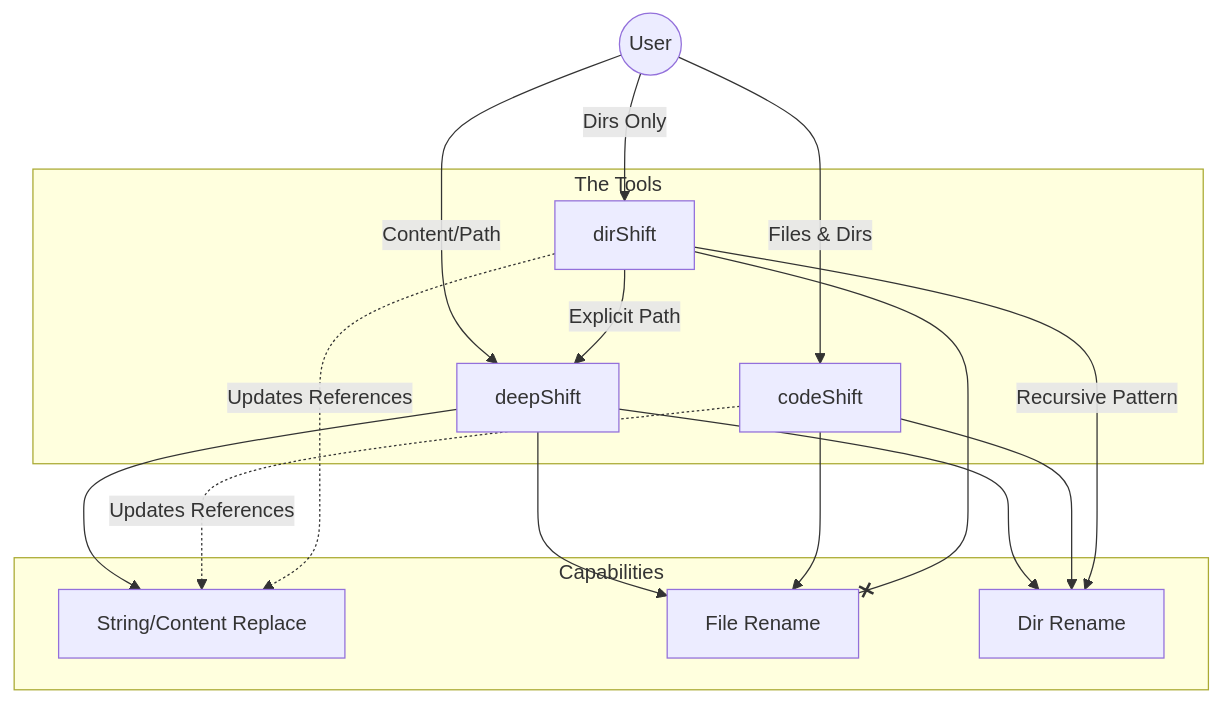
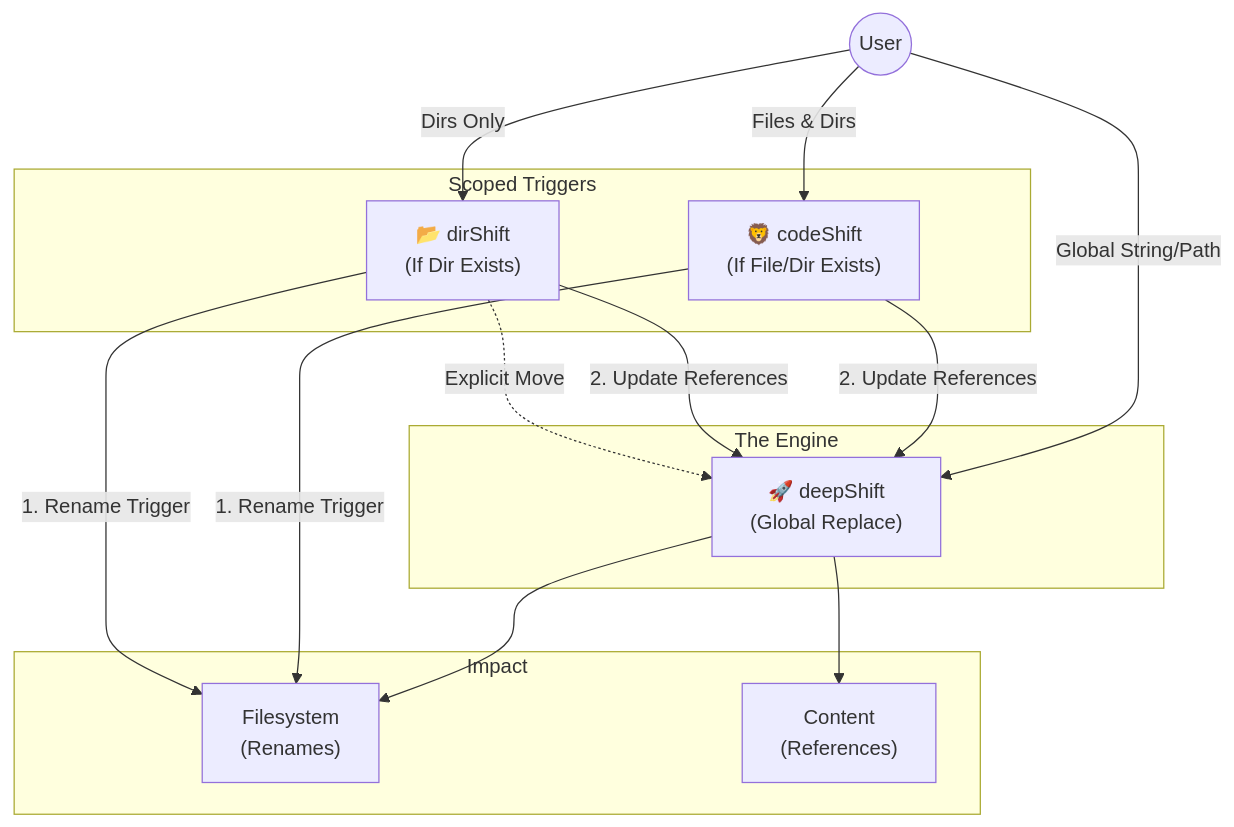
One commit to 311ecode/deepShift changed the diagram in README.md. Above: the diagram before and after it, drawn with Mermaid.

Commit message:
Update architecture diagram to clarify tool relationships and capabilities

````diff
--- a/README.md
+++ b/README.md
@@ -48,37 +48,36 @@
 ```mermaid
 graph TD
     User((User))
     
-    subgraph "The Tools"
-        DS[deepShift]
-        CS[codeShift]
-        DirS[dirShift]
+    subgraph "Scoped Triggers"
+        CS["🦁 codeShift<br/>(If File/Dir Exists)"]
+        DirS["📂 dirShift<br/>(If Dir Exists)"]
     end
 
-    subgraph "Capabilities"
-        Str[String/Content Replace]
-        FileRen[File Rename]
-        DirRen[Dir Rename]
+    subgraph "The Engine"
+        DS["🚀 deepShift<br/>(Global Replace)"]
     end
 
-    %% Flows
-    User -->|Content/Path| DS
+    subgraph "Impact"
+        FS["Filesystem<br/>(Renames)"]
+        Content["Content<br/>(References)"]
+    end
+
+    %% User Flows
+    User -->|Global String/Path| DS
     User -->|Files & Dirs| CS
     User -->|Dirs Only| DirS
 
-    %% deepShift (The Engine)
-    DS --> Str
-    DS --> DirRen
-    DS --> FileRen
+    %% deepShift Logic
+    DS --> FS
+    DS --> Content
 
-    %% codeShift (The Tamer)
-    CS --> FileRen
-    CS --> DirRen
-    CS -.->|Updates References| Str
+    %% codeShift Logic
+    CS -- "1. Rename Trigger" --> FS
+    CS -- "2. Update References" --> DS
     
-    %% dirShift (The Architect)
-    DirS -- "Recursive Pattern" --> DirRen
-    DirS -- "Explicit Path" --> DS
-    DirS --x FileRen
-    DirS -.->|Updates References| Str
+    %% dirShift Logic
+    DirS -- "1. Rename Trigger" --> FS
+    DirS -- "2. Update References" --> DS
+    DirS -. "Explicit Move" .-> DS
 ```
````
